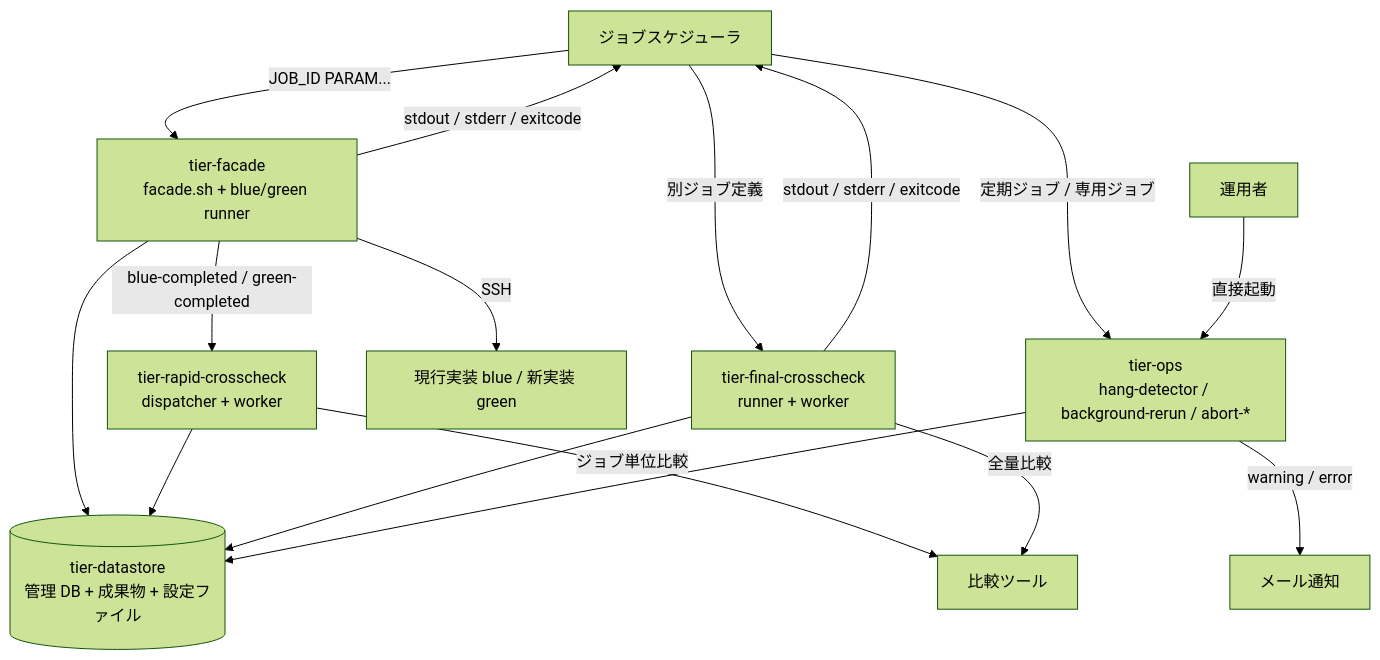
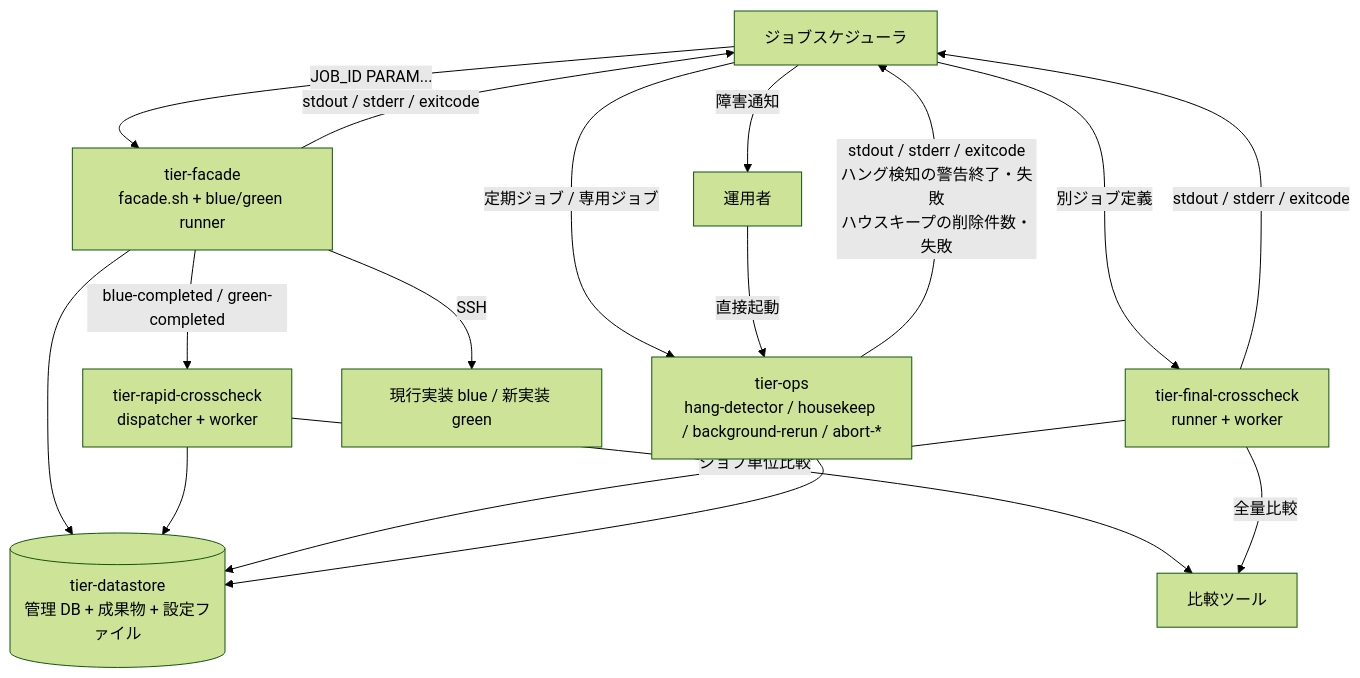
One commit to suwa-sh/relay-gate changed the third of 7 diagrams in docs/README.md. Above: the diagram before and after it, drawn with Mermaid (forest theme). The commit also changed other lines of this file and 3014 other files, not shown here.

````diff
--- a/docs/README.md
+++ b/docs/README.md
@@ -136,18 +141,19 @@
 ```mermaid
 graph TD
 SCHED[ジョブスケジューラ] -->|JOB_ID PARAM...| FACADE[tier-facade<br/>facade.sh + blue/green runner]
 SCHED -->|別ジョブ定義| FINAL[tier-final-crosscheck<br/>runner + worker]
-SCHED -->|定期ジョブ / 専用ジョブ| OPS[tier-ops<br/>hang-detector / background-rerun / abort-*]
+SCHED -->|定期ジョブ / 専用ジョブ| OPS[tier-ops<br/>hang-detector / housekeep / background-rerun / abort-*]
 OPERATOR[運用者] -->|直接起動| OPS
 FACADE -->|SSH| IMPL[現行実装 blue / 新実装 green]
 FACADE -->|blue-completed / green-completed| RAPID[tier-rapid-crosscheck<br/>dispatcher + worker]
 FACADE --> DS[(tier-datastore<br/>管理 DB + 成果物 + 設定ファイル)]
 RAPID --> DS
 FINAL --> DS
 OPS --> DS
 RAPID -->|ジョブ単位比較| CMP[比較ツール]
 FINAL -->|全量比較| CMP
-OPS -->|warning / error| MAIL[メール通知]
 FACADE -->|stdout / stderr / exitcode| SCHED
 FINAL -->|stdout / stderr / exitcode| SCHED
+OPS -->|stdout / stderr / exitcode<br/>ハング検知の警告終了・失敗<br/>ハウスキープの削除件数・失敗| SCHED
+SCHED -->|障害通知| OPERATOR
 ```
````
